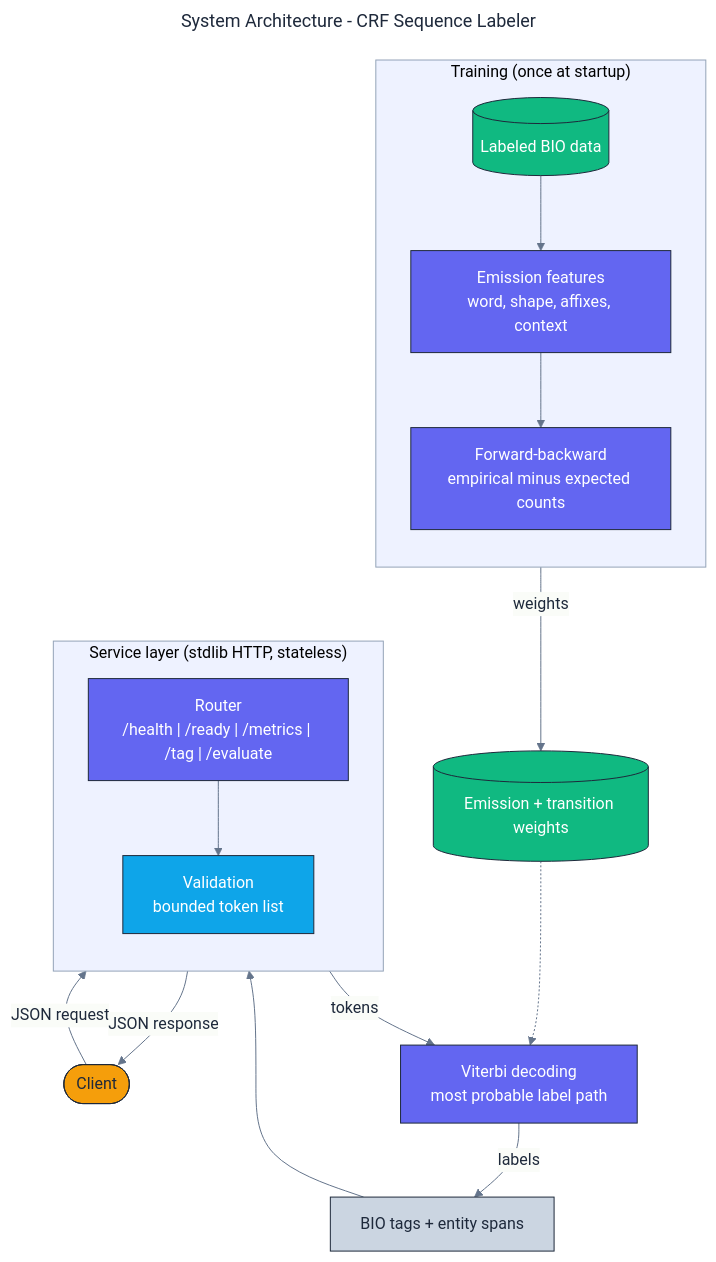
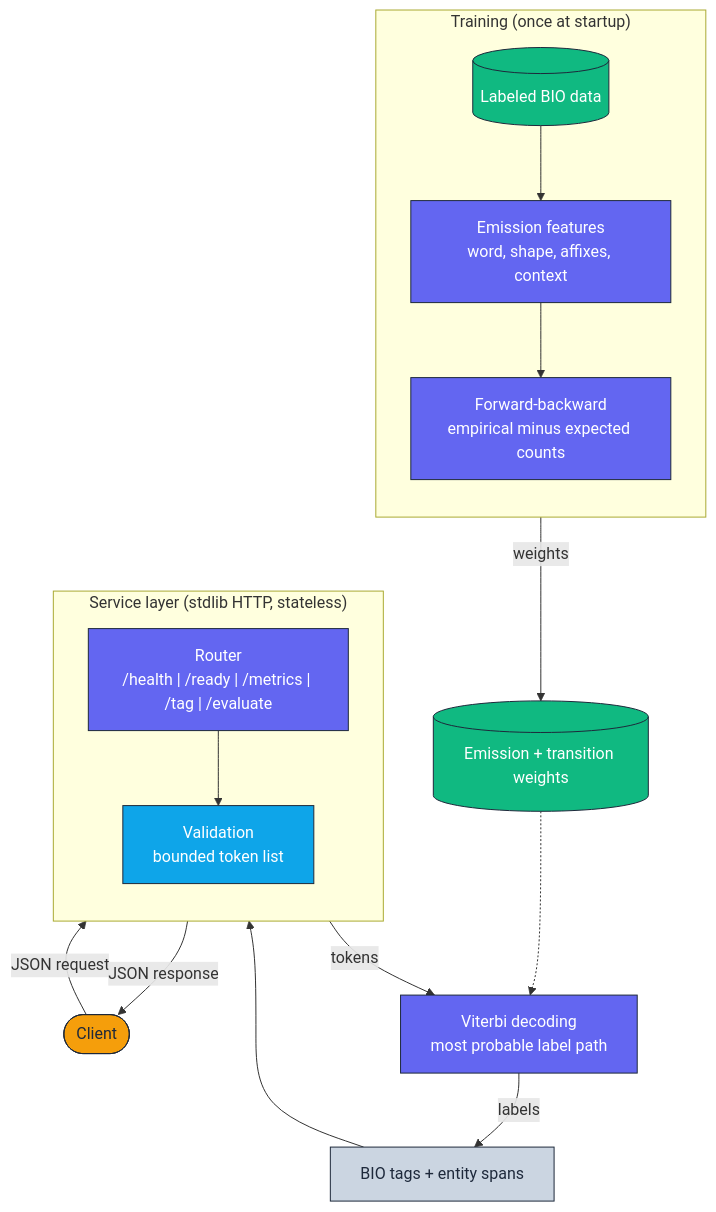
Before and after one commit to adeoluo/crf-sequence-labeler: the diagram in docs/architecture/architecture.mmd, drawn with Mermaid. The commit also changed 11 other files, not shown here.

```diff
--- a/docs/architecture/architecture.mmd
+++ b/docs/architecture/architecture.mmd
@@ -1,46 +1,33 @@
----
-title: System Architecture - CRF Sequence Labeler
-config:
-  theme: base
-  themeVariables:
-    fontFamily: "Inter, system-ui, sans-serif"
-    primaryColor: "#F8FAFC"
-    primaryBorderColor: "#1E293B"
-    primaryTextColor: "#1E293B"
-    lineColor: "#64748B"
-    clusterBkg: "#EEF2FF"
-    clusterBorder: "#94A3B8"
----
-flowchart TB
+flowchart TD
     classDef edge     fill:#F59E0B,stroke:#1E293B,color:#1E293B,stroke-width:1px;
     classDef core     fill:#6366F1,stroke:#1E293B,color:#ffffff,stroke-width:1px;
     classDef data     fill:#10B981,stroke:#1E293B,color:#ffffff,stroke-width:1px;
     classDef control  fill:#0EA5E9,stroke:#1E293B,color:#ffffff,stroke-width:1px;
     classDef obs      fill:#CBD5E1,stroke:#1E293B,color:#1E293B,stroke-width:1px;
 
     Client([Client]):::edge
 
     subgraph Train["Training (once at startup)"]
         direction TB
         Data[(Labeled BIO data)]:::data
         Features[Emission features<br/>word, shape, affixes, context]:::core
         Gradient["Forward-backward<br/>empirical minus expected counts"]:::core
     end
 
     Weights[(Emission + transition weights)]:::data
 
     subgraph Edge["Service layer (stdlib HTTP, stateless)"]
         direction TB
         Router["Router<br/>/health | /ready | /metrics | /tag | /evaluate"]:::core
         Validate["Validation<br/>bounded token list"]:::control
     end
 
     Viterbi["Viterbi decoding<br/>most probable label path"]:::core
     Result["BIO tags + entity spans"]:::obs
 
     Data --> Features --> Gradient -->|weights| Weights
     Client -->|JSON request| Router --> Validate
     Validate -->|tokens| Viterbi
     Weights -.-> Viterbi
     Viterbi -->|labels| Result
     Result --> Router -->|JSON response| Client
```
